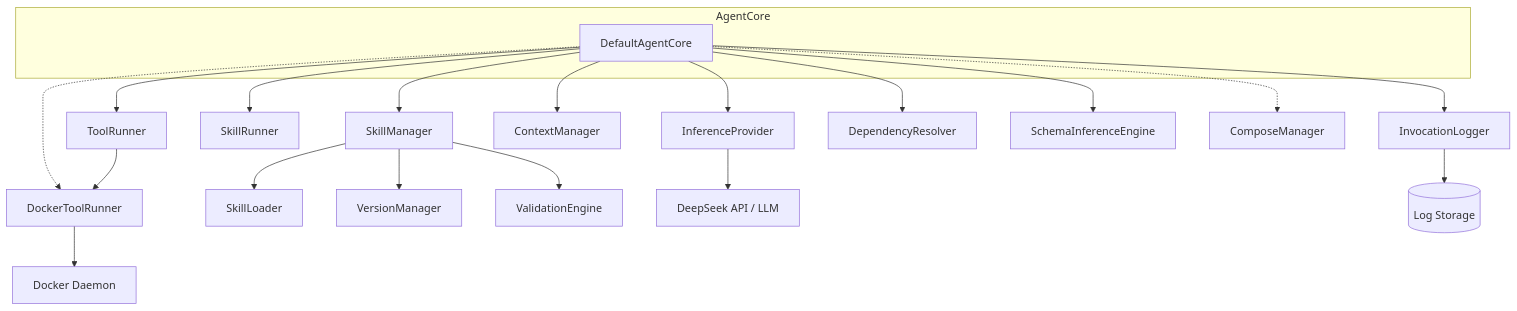
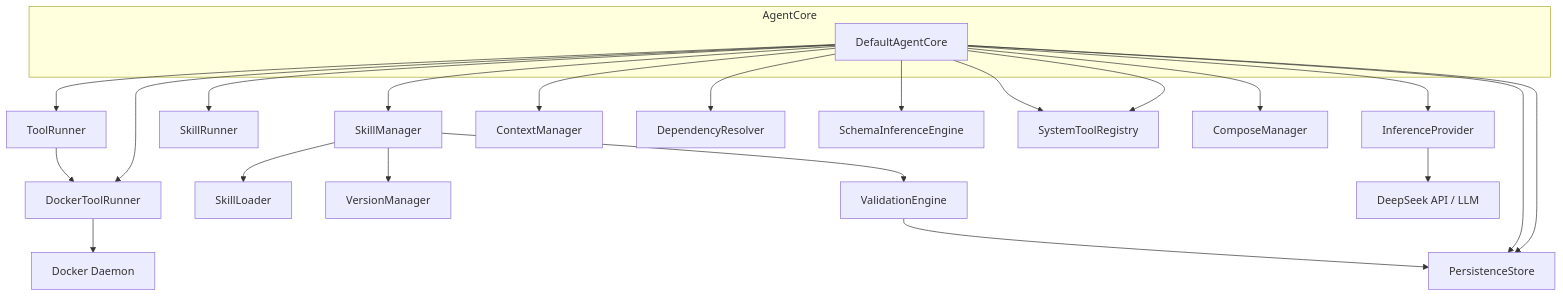
One commit to opensassi/a0 changed the first of 2 diagrams in src/agent_core.spec.md. Above: the diagram before and after it, drawn with Mermaid. The commit also changed other lines of this file and 28 other files, not shown here.

````diff
--- a/src/agent_core.spec.md
+++ b/src/agent_core.spec.md
@@ -62,25 +75,28 @@
 ```mermaid
 graph TB
     subgraph AgentCore
         AC[DefaultAgentCore]
     end
 
     AC --> SM[SkillManager]
     AC --> TR[ToolRunner]
     AC --> SR[SkillRunner]
     AC --> IP[InferenceProvider]
     AC --> CM[ContextManager]
-    AC --> IL[InvocationLogger]
     AC --> DR[DependencyResolver]
     AC --> SIE[SchemaInferenceEngine]
-    AC -.-> DTR[DockerToolRunner]
-    AC -.-> CPM[ComposeManager]
+    AC --> ST[SystemToolRegistry]
+    AC --> PS[PersistenceStore]
+    AC --> DTR[DockerToolRunner]
+    AC --> CPM[ComposeManager]
+    AC --> ST[SystemToolRegistry]
+    AC --> PS[PersistenceStore]
 
     SM --> SL[SkillLoader]
     SM --> VM[VersionManager]
     SM --> VE[ValidationEngine]
+    VE --> PS
     TR --> DTR
     DTR --> DC[Docker Daemon]
     IP --> LLM[DeepSeek API / LLM]
-    IL --> DB[(Log Storage)]
 ```
````
